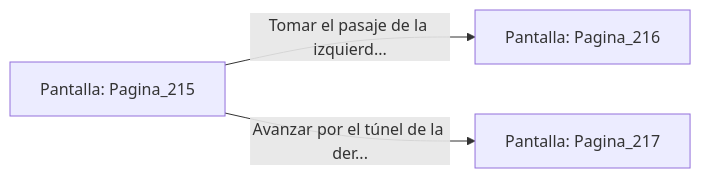
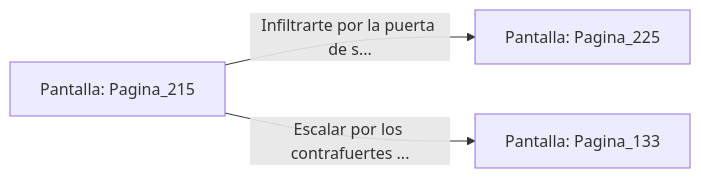
One commit to metsuke/mpl changed the diagram in sample/eligejuego-vault/Pantalla_Pagina_215.md. Above: the diagram before and after it, drawn with Mermaid. The commit also changed other lines of this file and 635 other files, not shown here.

First line of the commit message:
fix: añadir Pagina_1 como pantalla inicial en capitulo_01.mpl

````diff
--- a/sample/eligejuego-vault/Pantalla_Pagina_215.md
+++ b/sample/eligejuego-vault/Pantalla_Pagina_215.md
@@ -20,6 +24,6 @@
 ```mermaid
 graph LR
     P_Pagina_215["Pantalla: Pagina_215"]
-    P_Pagina_215 -->|"Tomar el pasaje de la izquierd..."| P_Pagina_216["Pantalla: Pagina_216"]
-    P_Pagina_215 -->|"Avanzar por el túnel de la der..."| P_Pagina_217["Pantalla: Pagina_217"]
+    P_Pagina_215 -->|"Infiltrarte por la puerta de s..."| P_Pagina_225["Pantalla: Pagina_225"]
+    P_Pagina_215 -->|"Escalar por los contrafuertes ..."| P_Pagina_133["Pantalla: Pagina_133"]
 ```
````
